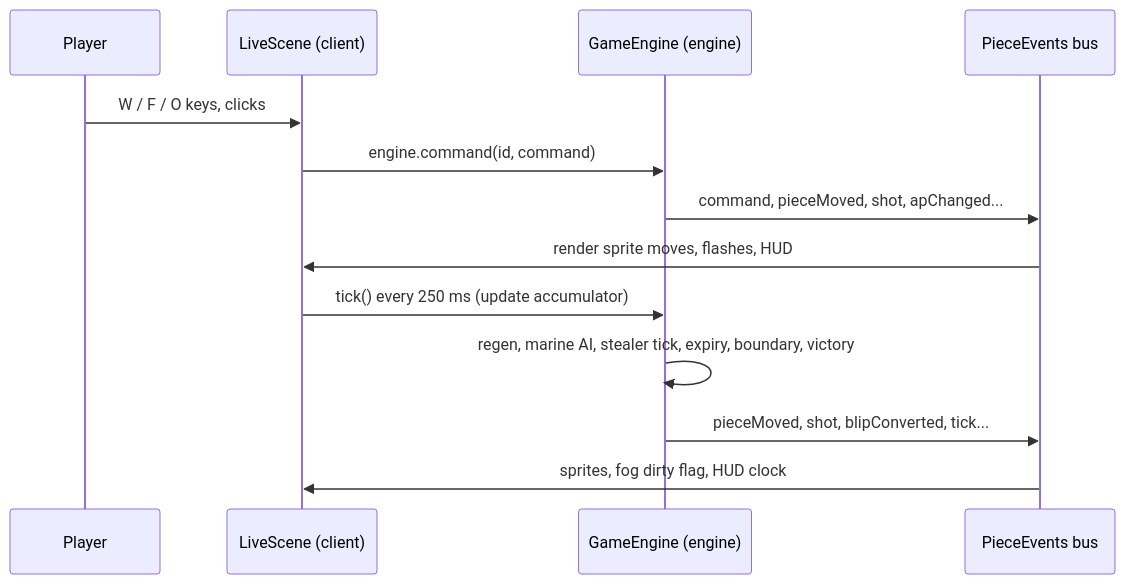
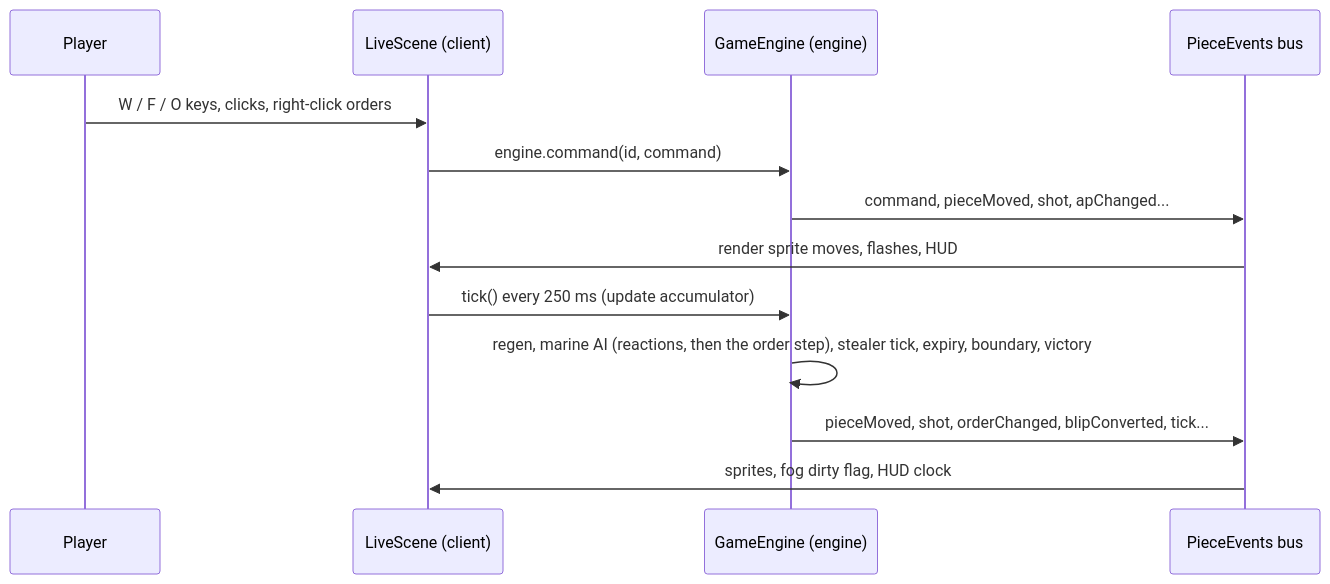
One commit to harryf/sulkweb changed the diagram in docs/architecture.md. Above: the diagram before and after it, drawn with Mermaid. The commit also changed other lines of this file and 49 other files, not shown here.

````diff
--- a/docs/architecture.md
+++ b/docs/architecture.md
@@ -83,15 +85,15 @@
 ```mermaid
 sequenceDiagram
     participant P as Player
     participant C as LiveScene (client)
     participant E as GameEngine (engine)
     participant B as PieceEvents bus
-    P->>C: W / F / O keys, clicks
+    P->>C: W / F / O keys, clicks, right-click orders
     C->>E: engine.command(id, command)
     E->>B: command, pieceMoved, shot, apChanged...
     B->>C: render sprite moves, flashes, HUD
     C->>E: tick() every 250 ms (update accumulator)
-    E->>E: regen, marine AI, stealer tick, expiry, boundary, victory
-    E->>B: pieceMoved, shot, blipConverted, tick...
+    E->>E: regen, marine AI (reactions, then the order step), stealer tick, expiry, boundary, victory
+    E->>B: pieceMoved, shot, orderChanged, blipConverted, tick...
     B->>C: sprites, fog dirty flag, HUD clock
 ```
````
